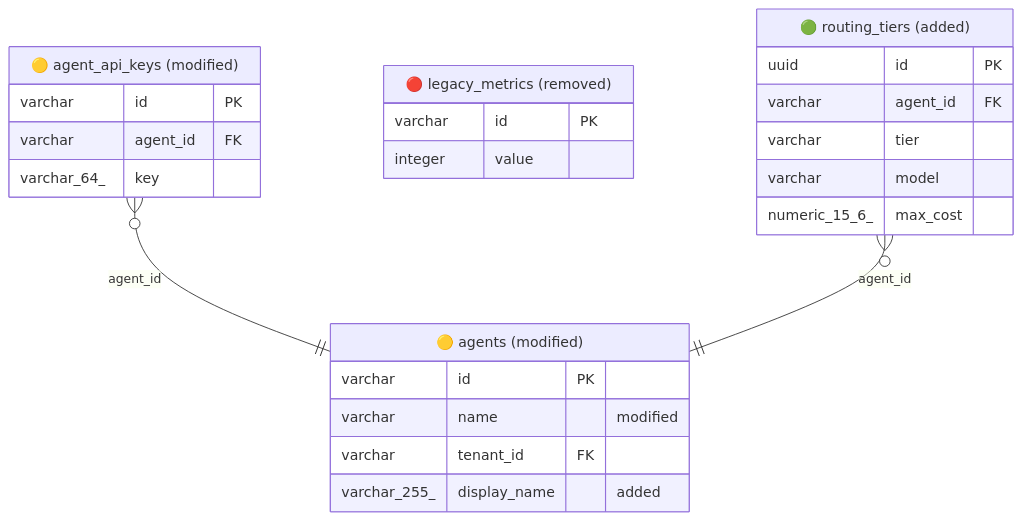
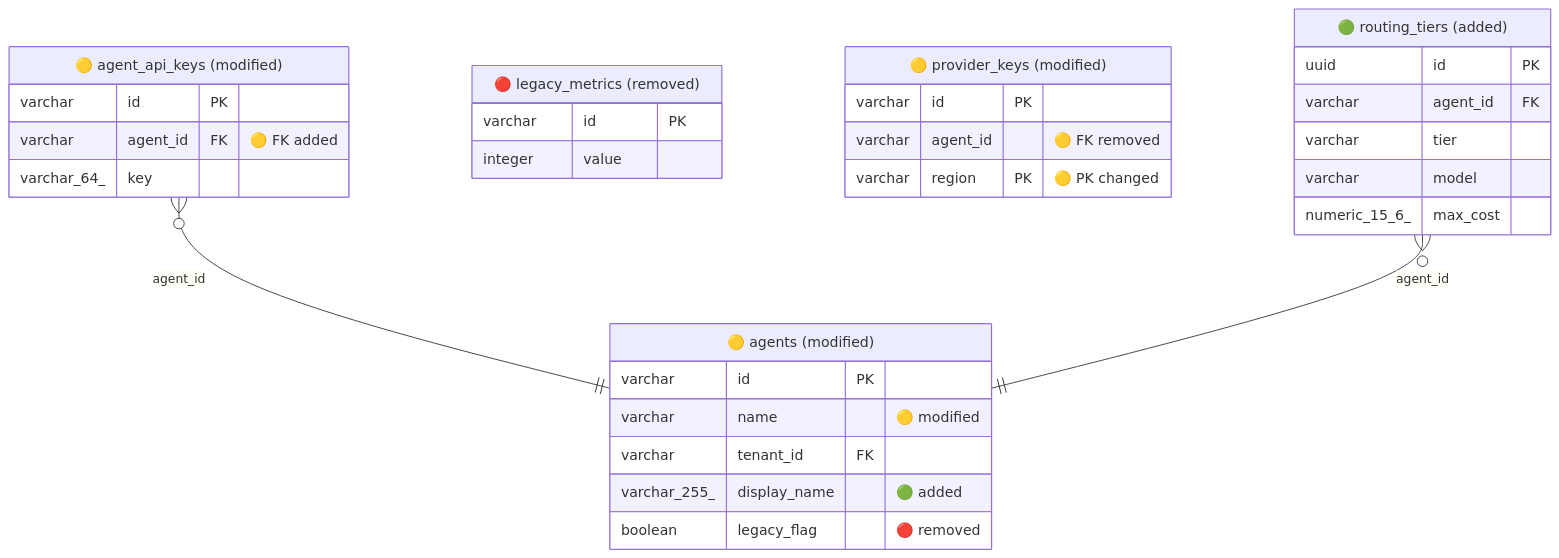
Before and after one commit to Francespo/manifest: the diagram in .github/scripts/db-diagram/__fixtures__/expected-comment.md, drawn with Mermaid. The commit also changed other lines of this file and 4 other files, not shown here.

First line of the commit message:
fix: highlight changed columns in PR schema diagrams

````diff
--- a/.github/scripts/db-diagram/__fixtures__/expected-comment.md
+++ b/.github/scripts/db-diagram/__fixtures__/expected-comment.md
@@ -18,27 +19,33 @@
 ```mermaid
 erDiagram
     agent_api_keys["🟡 agent_api_keys (modified)"] {
         varchar id PK
-        varchar agent_id FK
+        varchar agent_id FK "🟡 FK added"
         varchar_64_ key
     }
     agents["🟡 agents (modified)"] {
         varchar id PK
-        varchar name "modified"
+        varchar name "🟡 modified"
         varchar tenant_id FK
-        varchar_255_ display_name "added"
+        varchar_255_ display_name "🟢 added"
+        boolean legacy_flag "🔴 removed"
     }
     legacy_metrics["🔴 legacy_metrics (removed)"] {
         varchar id PK
         integer value
+    }
+    provider_keys["🟡 provider_keys (modified)"] {
+        varchar id PK
+        varchar agent_id "🟡 FK removed"
+        varchar region PK "🟡 PK changed"
     }
     routing_tiers["🟢 routing_tiers (added)"] {
         uuid id PK
         varchar agent_id FK
         varchar tier
         varchar model
         numeric_15_6_ max_cost
     }
     agent_api_keys }o--|| agents : "agent_id"
     routing_tiers }o--|| agents : "agent_id"
 ```
````
